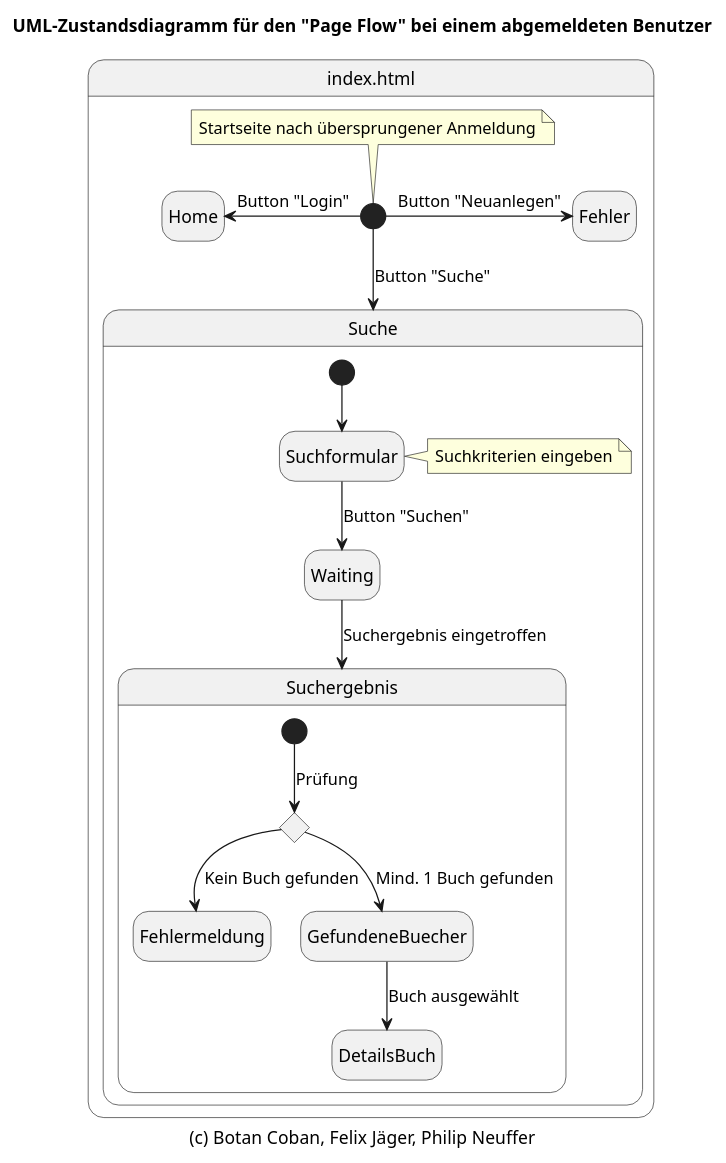
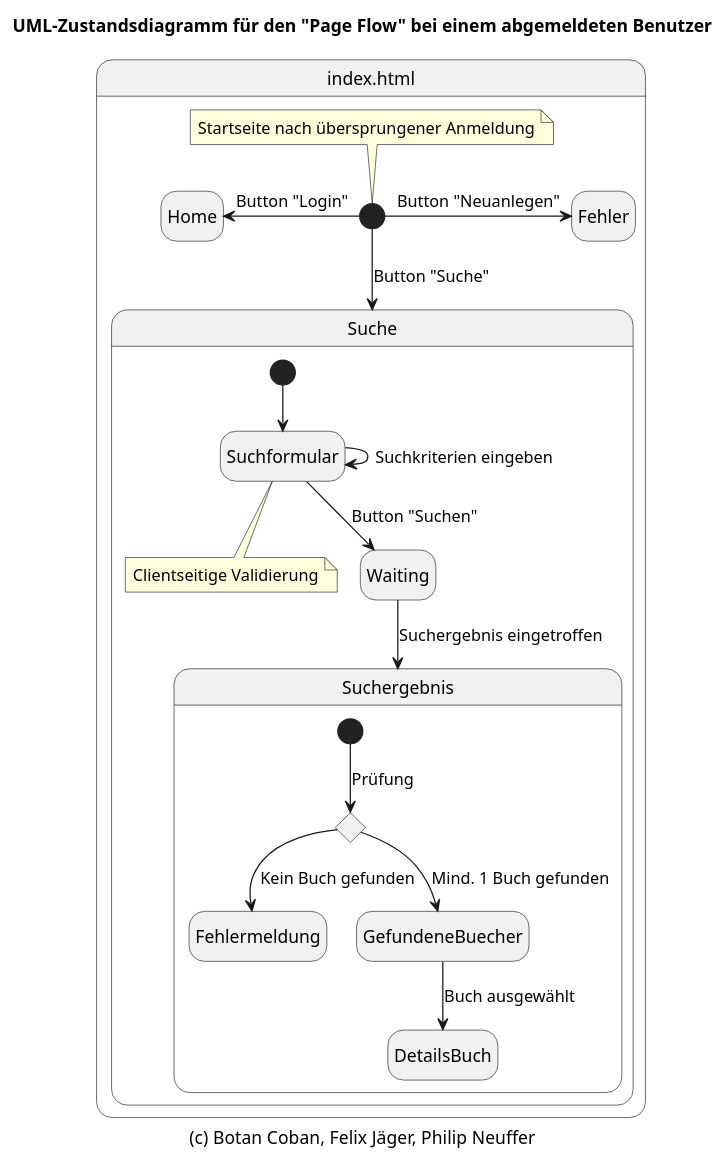
Before and after one commit to rirag12345/SWE-Abgabe-2-Gruppe-1: the diagram in extras/docs/zustandsdiagramm_abgemeldet.puml, drawn with PlantUML. The commit also changed 2 other files, not shown here.

Commit message:
docs: updated state diagrams to include client-side validation notes and improved transitions for user input forms

```diff
--- a/extras/docs/zustandsdiagramm_abgemeldet.puml
+++ b/extras/docs/zustandsdiagramm_abgemeldet.puml
@@ -1,37 +1,38 @@
 @startuml zustandsdiagramm_abgemeldet
 
 hide empty description
 
 title UML-Zustandsdiagramm für den "Page Flow" bei einem abgemeldeten Benutzer
 caption (c) Botan Coban, Felix Jäger, Philip Neuffer
 
 state "index.html" as index {
 
 state Suche{
 
     [*] --> Suchformular
-    note "Suchkriterien eingeben" as note
-    Suchformular -right-> note
+    Suchformular --> Suchformular : Suchkriterien eingeben
+    note "Clientseitige Validierung" as note
+    Suchformular --> note
 
     Suchformular --> Waiting: Button "Suchen"
 
     state Suchergebnis{
         state c <<choice>>
         [*] --> c : Prüfung
         c --> Fehlermeldung: Kein Buch gefunden
         c --> GefundeneBuecher: Mind. 1 Buch gefunden
         GefundeneBuecher --> DetailsBuch : Buch ausgewählt
     }
 
     Waiting --> Suchergebnis : Suchergebnis eingetroffen
 }
 
 [*] --> Suche: Button "Suche"
 [*] -right-> Fehler: Button "Neuanlegen"
 [*] -left-> Home: Button "Login"
 
-note "Startseite nach übersprungener Anmeldung" as note
-[*] -up-> note
+note "Startseite nach übersprungener Anmeldung" as note2
+[*] -up-> note2
 }
 
 @enduml
```
